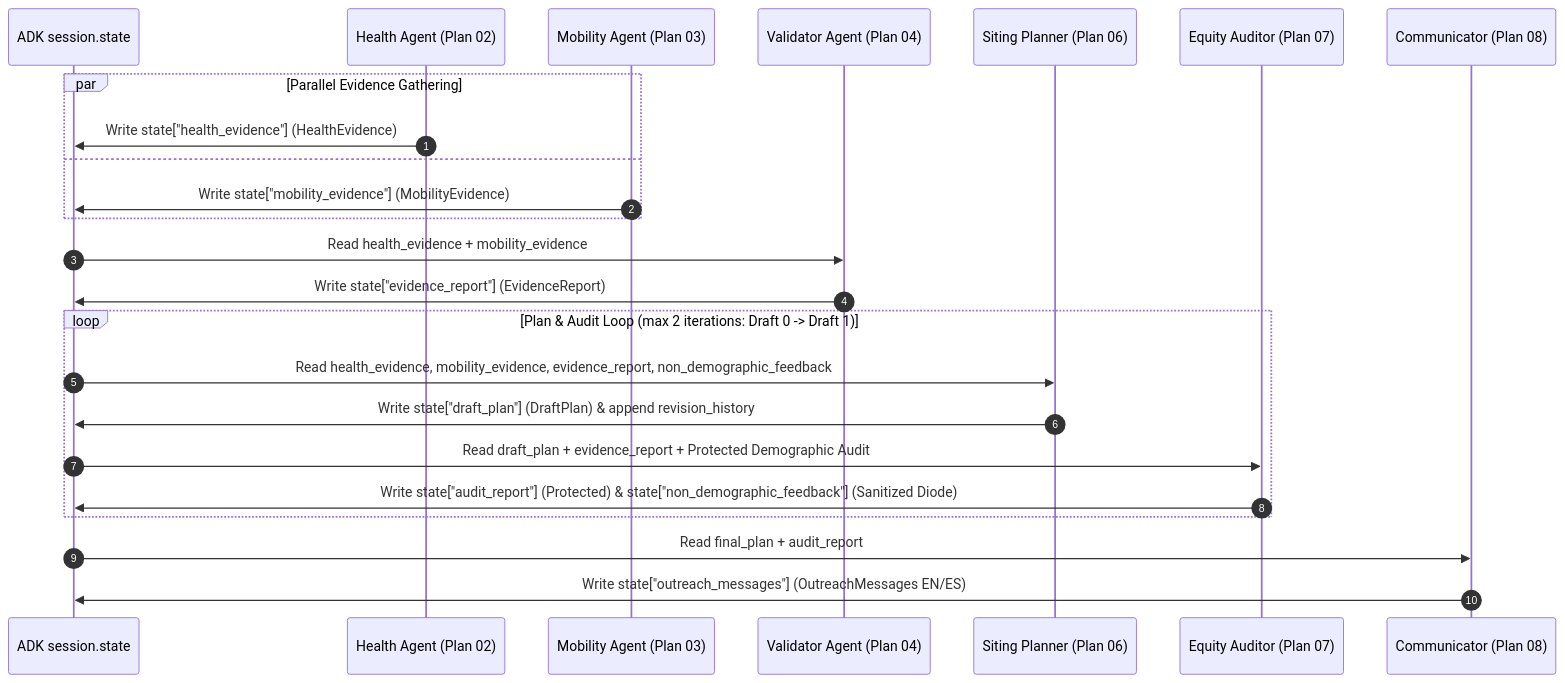
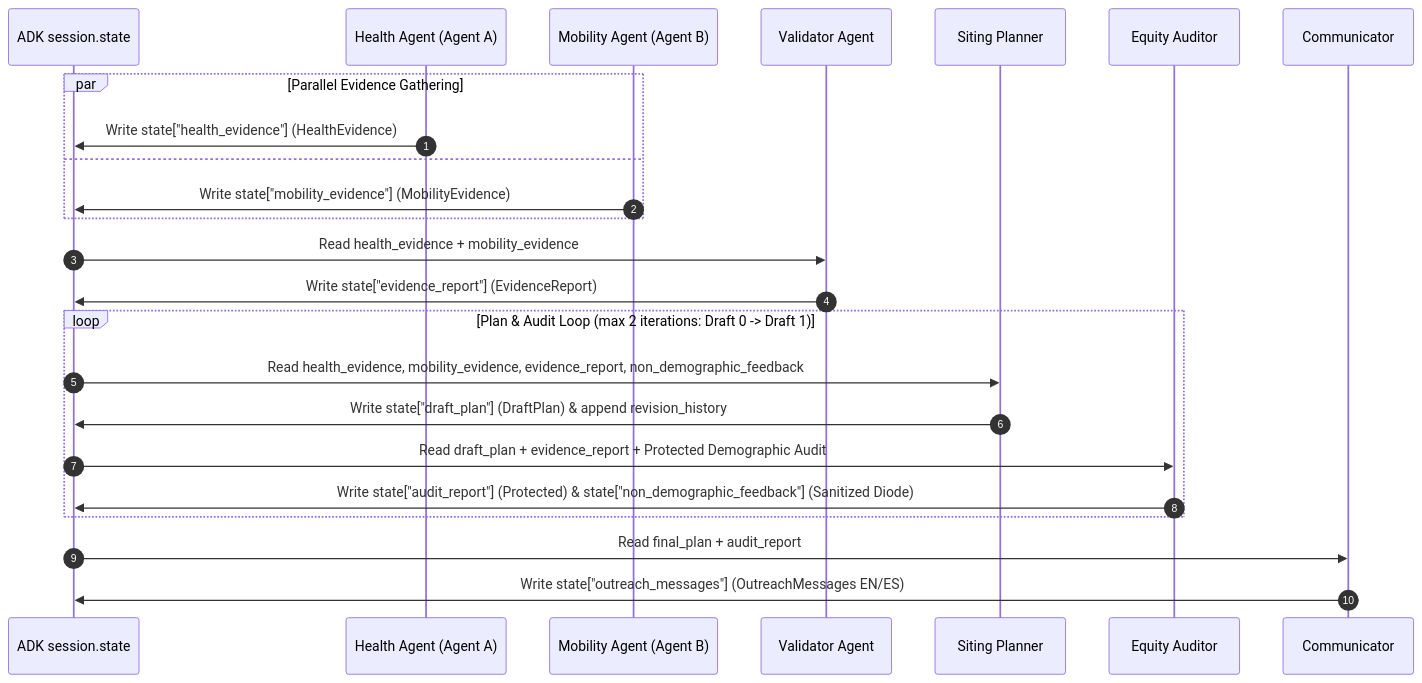
One commit to s4mannem/care-bridge-repo changed the diagram in carebridge/agents/README.md. Above: the diagram before and after it, drawn with Mermaid. The commit also changed other lines of this file and 42 other files, not shown here.

````diff
--- a/carebridge/agents/README.md
+++ b/carebridge/agents/README.md
@@ -9,30 +9,30 @@
 ```mermaid
 sequenceDiagram
     autonumber
     participant State as ADK session.state
-    participant AgentA as Health Agent (Plan 02)
-    participant AgentB as Mobility Agent (Plan 03)
-    participant Validator as Validator Agent (Plan 04)
-    participant Planner as Siting Planner (Plan 06)
-    participant Auditor as Equity Auditor (Plan 07)
-    participant Comm as Communicator (Plan 08)
+    participant AgentA as Health Agent (Agent A)
+    participant AgentB as Mobility Agent (Agent B)
+    participant Validator as Validator Agent
+    participant Planner as Siting Planner
+    participant Auditor as Equity Auditor
+    participant Comm as Communicator
 
     par Parallel Evidence Gathering
         AgentA->>State: Write state["health_evidence"] (HealthEvidence)
     and
         AgentB->>State: Write state["mobility_evidence"] (MobilityEvidence)
     end
 
     State->>Validator: Read health_evidence + mobility_evidence
     Validator->>State: Write state["evidence_report"] (EvidenceReport)
 
     loop Plan & Audit Loop (max 2 iterations: Draft 0 -> Draft 1)
         State->>Planner: Read health_evidence, mobility_evidence, evidence_report, non_demographic_feedback
         Planner->>State: Write state["draft_plan"] (DraftPlan) & append revision_history
         State->>Auditor: Read draft_plan + evidence_report + Protected Demographic Audit
         Auditor->>State: Write state["audit_report"] (Protected) & state["non_demographic_feedback"] (Sanitized Diode)
     end
 
     State->>Comm: Read final_plan + audit_report
     Comm->>State: Write state["outreach_messages"] (OutreachMessages EN/ES)
 ```
````
